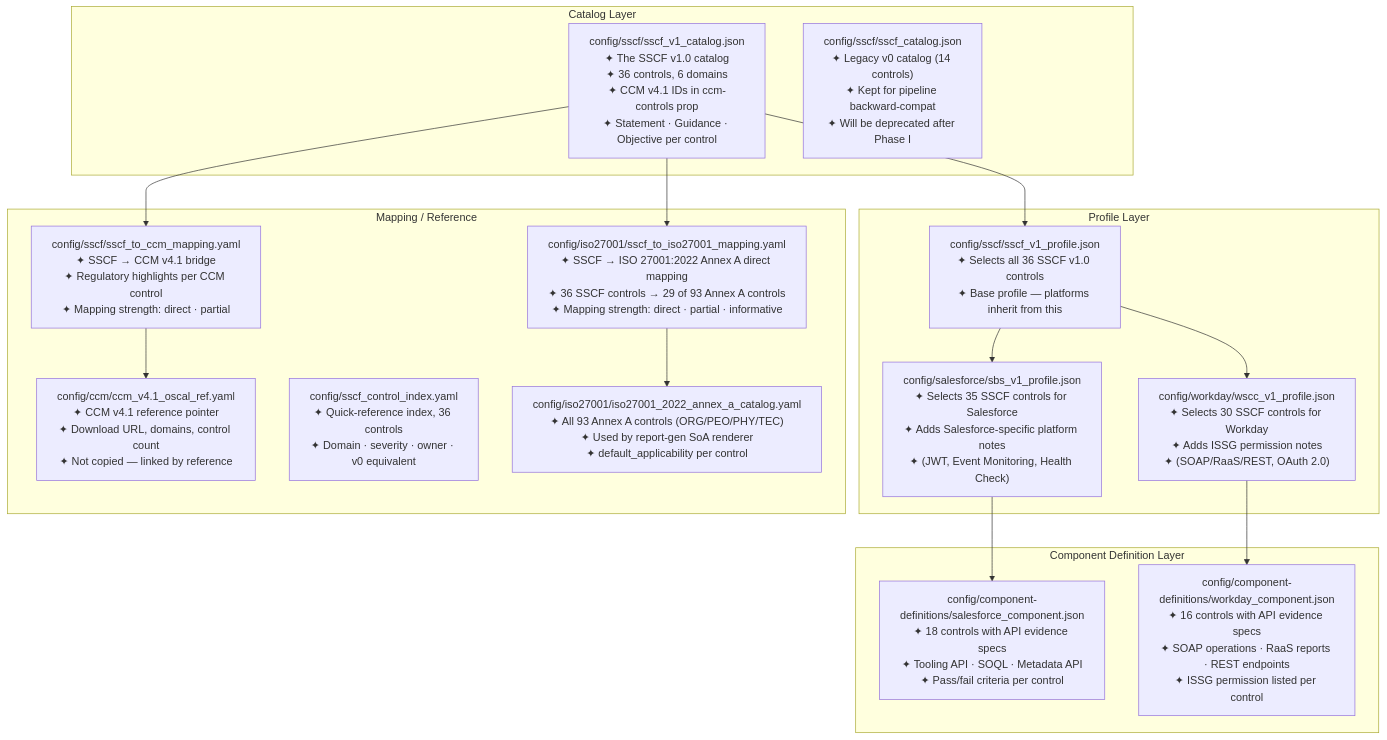
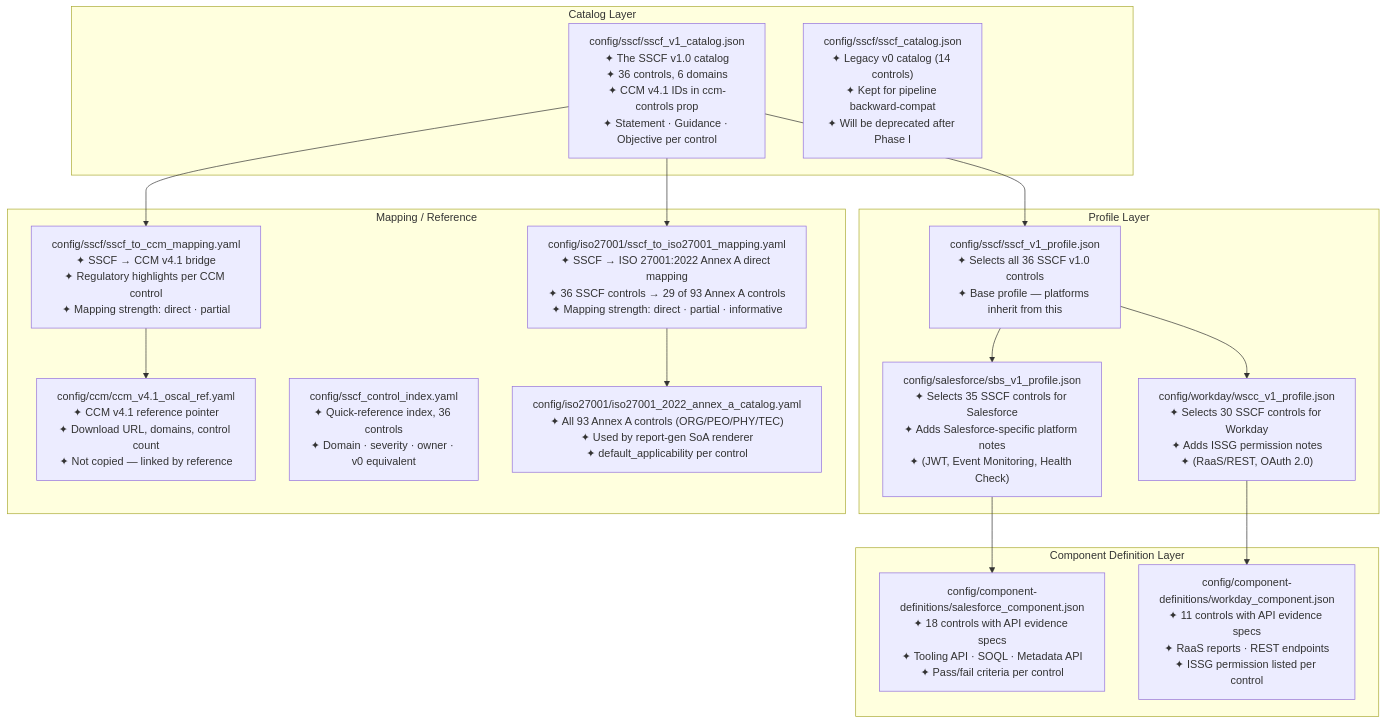
Before and after one commit to dfirs1car1o/saas-assurance: the fifth of 9 diagrams in docs/wiki/OSCAL-Guide.md, drawn with Mermaid. The commit also changed other lines of this file and 5 other files, not shown here.

First line of the commit message:
docs: full wiki audit — remove all stale SOAP refs, fix Workday counts

````diff
--- a/docs/wiki/OSCAL-Guide.md
+++ b/docs/wiki/OSCAL-Guide.md
@@ -191,31 +191,31 @@
 ```mermaid
 flowchart TD
     subgraph CATALOG["Catalog Layer"]
         C1["config/sscf/sscf_v1_catalog.json\n✦ The SSCF v1.0 catalog\n✦ 36 controls, 6 domains\n✦ CCM v4.1 IDs in ccm-controls prop\n✦ Statement · Guidance · Objective per control"]
         C2["config/sscf/sscf_catalog.json\n✦ Legacy v0 catalog (14 controls)\n✦ Kept for pipeline backward-compat\n✦ Will be deprecated after Phase I"]
     end
 
     subgraph PROFILE["Profile Layer"]
         P1["config/sscf/sscf_v1_profile.json\n✦ Selects all 36 SSCF v1.0 controls\n✦ Base profile — platforms inherit from this"]
         P2["config/salesforce/sbs_v1_profile.json\n✦ Selects 35 SSCF controls for Salesforce\n✦ Adds Salesforce-specific platform notes\n✦ (JWT, Event Monitoring, Health Check)"]
-        P3["config/workday/wscc_v1_profile.json\n✦ Selects 30 SSCF controls for Workday\n✦ Adds ISSG permission notes\n✦ (SOAP/RaaS/REST, OAuth 2.0)"]
+        P3["config/workday/wscc_v1_profile.json\n✦ Selects 30 SSCF controls for Workday\n✦ Adds ISSG permission notes\n✦ (RaaS/REST, OAuth 2.0)"]
     end
 
     subgraph COMPDEF["Component Definition Layer"]
         D1["config/component-definitions/salesforce_component.json\n✦ 18 controls with API evidence specs\n✦ Tooling API · SOQL · Metadata API\n✦ Pass/fail criteria per control"]
-        D2["config/component-definitions/workday_component.json\n✦ 16 controls with API evidence specs\n✦ SOAP operations · RaaS reports · REST endpoints\n✦ ISSG permission listed per control"]
+        D2["config/component-definitions/workday_component.json\n✦ 11 controls with API evidence specs\n✦ RaaS reports · REST endpoints\n✦ ISSG permission listed per control"]
     end
 
     subgraph MAPPING["Mapping / Reference"]
         M1["config/sscf/sscf_to_ccm_mapping.yaml\n✦ SSCF → CCM v4.1 bridge\n✦ Regulatory highlights per CCM control\n✦ Mapping strength: direct · partial"]
         M2["config/ccm/ccm_v4.1_oscal_ref.yaml\n✦ CCM v4.1 reference pointer\n✦ Download URL, domains, control count\n✦ Not copied — linked by reference"]
         M3["config/sscf_control_index.yaml\n✦ Quick-reference index, 36 controls\n✦ Domain · severity · owner · v0 equivalent"]
         M4["config/iso27001/sscf_to_iso27001_mapping.yaml\n✦ SSCF → ISO 27001:2022 Annex A direct mapping\n✦ 36 SSCF controls → 29 of 93 Annex A controls\n✦ Mapping strength: direct · partial · informative"]
         M5["config/iso27001/iso27001_2022_annex_a_catalog.yaml\n✦ All 93 Annex A controls (ORG/PEO/PHY/TEC)\n✦ Used by report-gen SoA renderer\n✦ default_applicability per control"]
     end
 
     C1 --> P1 --> P2 --> D1
     P1 --> P3 --> D2
     C1 --> M1 --> M2
     C1 --> M4 --> M5
 ```
````
